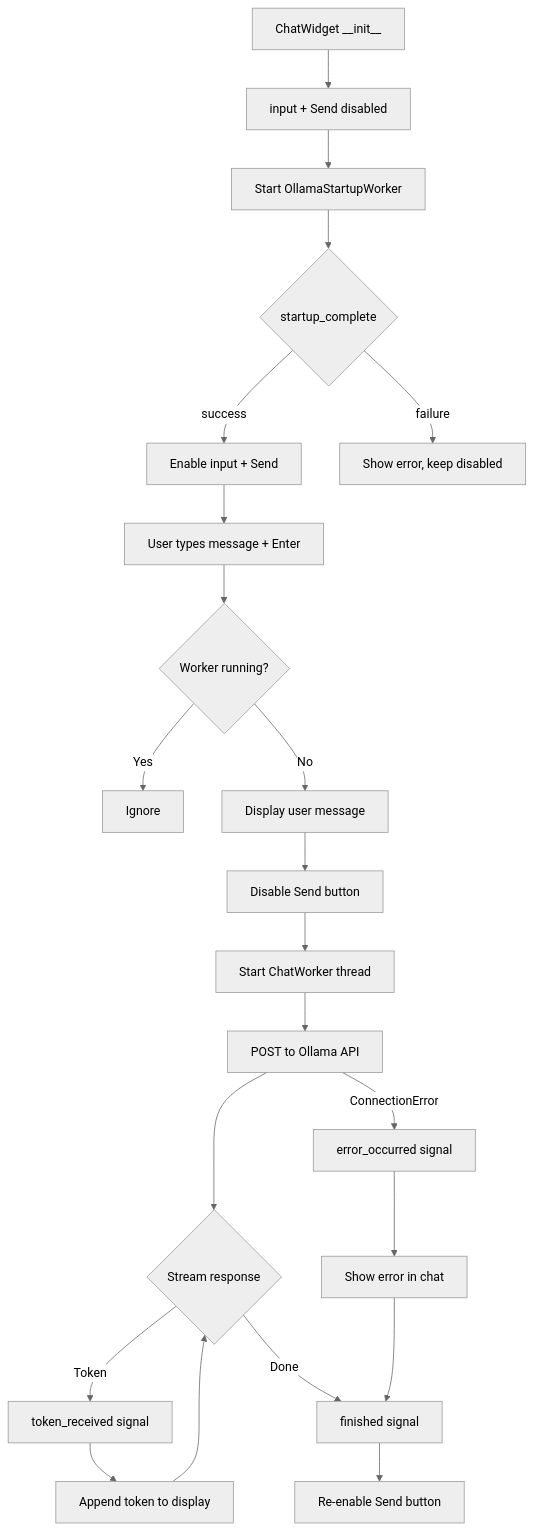
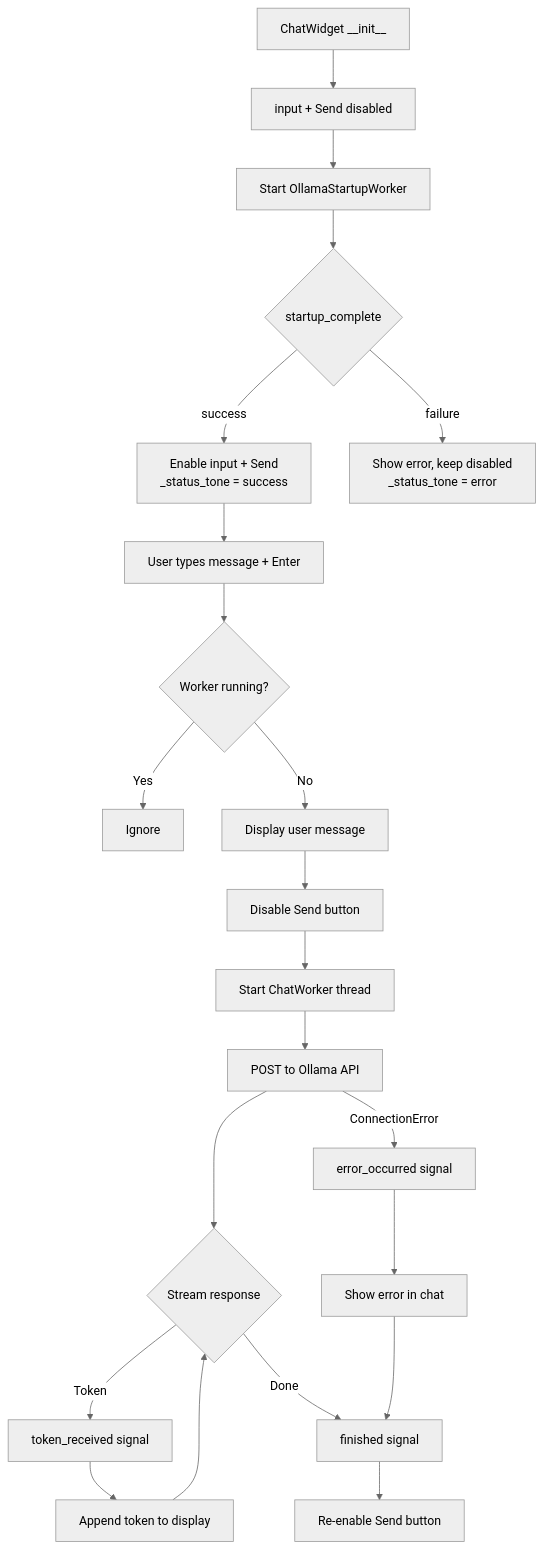
Before and after one commit to Mr-Robotiko/Gilfi: the fifth of 5 diagrams in src/frontend/README.md, drawn with Mermaid (neutral theme). The commit also changed other lines of this file and 36 other files, not shown here.

````diff
--- a/src/frontend/README.md
+++ b/src/frontend/README.md
@@ -386,27 +496,27 @@
 ```mermaid
 flowchart TD
     %% Init phase: Ollama bootstrap
     Z0[ChatWidget __init__] --> Z1[input + Send disabled]
     Z1 --> Z2[Start OllamaStartupWorker]
     Z2 --> Z3{startup_complete}
-    Z3 -- success --> Z4[Enable input + Send]
-    Z3 -- failure --> Z5[Show error, keep disabled]
+    Z3 -- success --> Z4[Enable input + Send<br/>_status_tone = success]
+    Z3 -- failure --> Z5[Show error, keep disabled<br/>_status_tone = error]
 
     %% Runtime: per message
     Z4 --> A[User types message + Enter]
     A --> B{Worker running?}
     B -- Yes --> C[Ignore]
     B -- No --> D[Display user message]
     D --> E[Disable Send button]
     E --> F[Start ChatWorker thread]
     F --> G[POST to Ollama API]
     G --> H{Stream response}
     H -- Token --> I[token_received signal]
     I --> J[Append token to display]
     J --> H
     H -- Done --> K[finished signal]
     G -- ConnectionError --> M[error_occurred signal]
     M --> N[Show error in chat]
     N --> K
     K --> L[Re-enable Send button]
 ```
````
